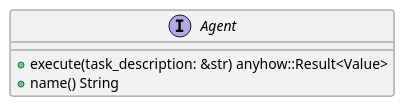
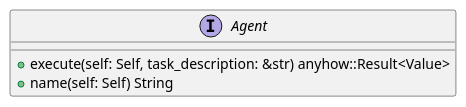
One commit to lgcorzo/rust_CACD_autonomous_factory changed the first of 6 diagrams in openwiki/crates_factory_application_src_lib.md. Above: the diagram before and after it, drawn with PlantUML. The commit also changed other lines of this file and 95 other files, not shown here.

````diff
--- a/openwiki/crates_factory_application_src_lib.md
+++ b/openwiki/crates_factory_application_src_lib.md
@@ -131,9 +132,9 @@
 ```plantuml
 @startuml
 interface Agent {
-    +execute(task_description: &str) anyhow::Result<Value>
-    +name() String
+    +execute(self: Self, task_description: &str) anyhow::Result<Value>
+    +name(self: Self) String
 }
 @enduml
 
 ```
````
